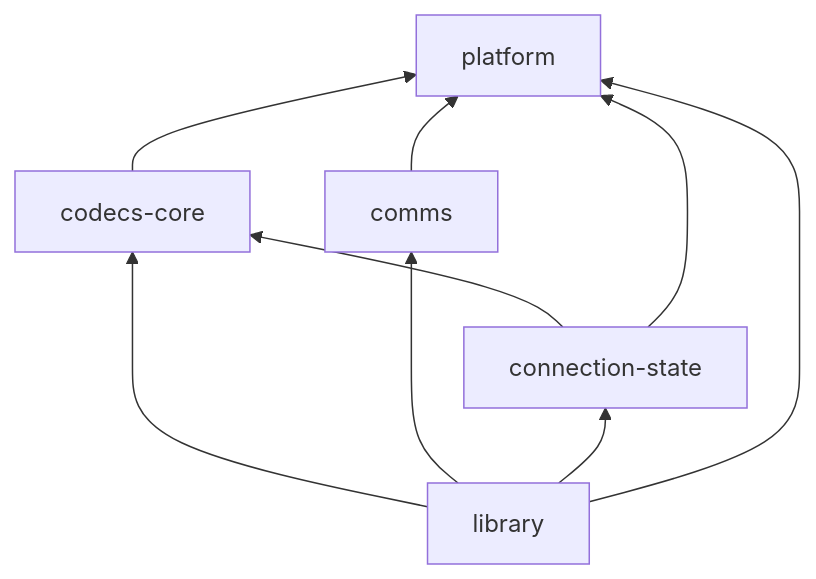
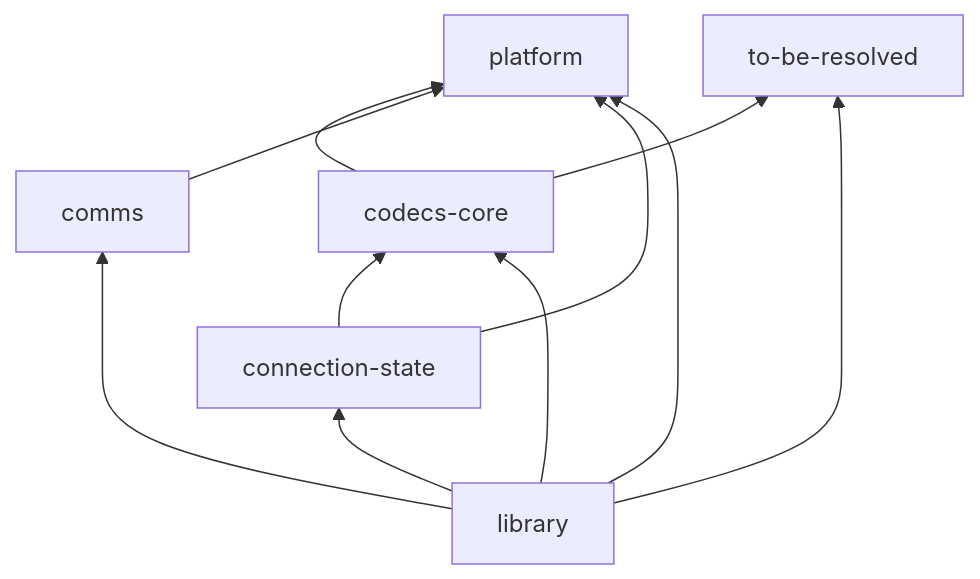
Before and after one commit to nikita-volkov/hasql: the first of 2 diagrams in AGENTS.md, drawn with Mermaid. The commit also changed other lines of this file and 14 other files, not shown here.

````diff
--- a/AGENTS.md
+++ b/AGENTS.md
@@ -47,12 +48,15 @@
 ```mermaid
 flowchart BT
   platform
+  to-be-resolved
   codecs-core --> platform
+  codecs-core --> to-be-resolved
   comms --> platform
   connection-state --> codecs-core
   connection-state --> platform
   library --> codecs-core
   library --> comms
   library --> connection-state
   library --> platform
+  library --> to-be-resolved
 ```
````
